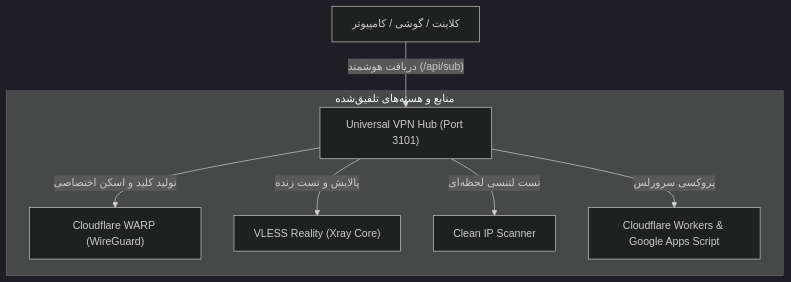
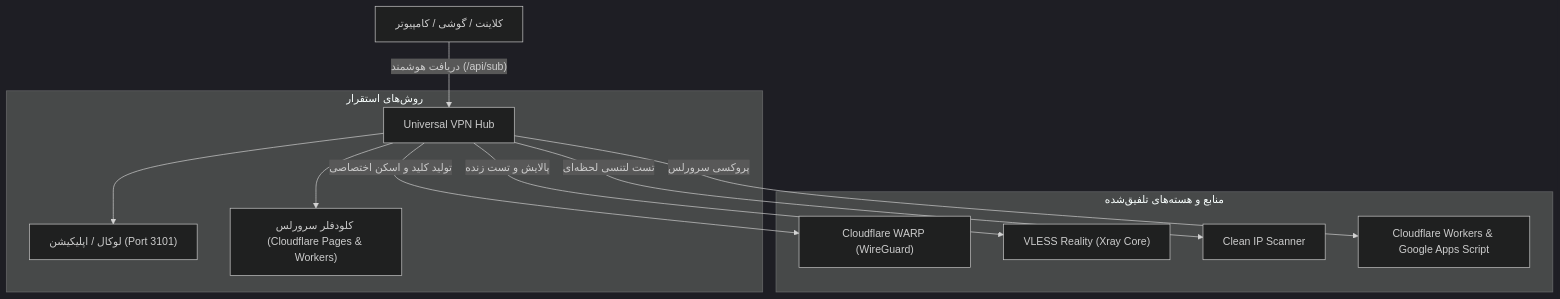
Before and after one commit to ark4ng3l/aether-vpn: the diagram in README.md, drawn with Mermaid (dark theme). The commit also changed other lines of this file, not shown here.

Commit message:
docs: add BPB-Worker-Panel reference and acknowledge serverless Cloudflare Pages/KV architecture

````diff
--- a/README.md
+++ b/README.md
@@ -12,11 +12,16 @@
 ```mermaid
 flowchart TD
-    User["کلاینت / گوشی / کامپیوتر"] -->|"دریافت هوشمند (/api/sub)"| Hub["Universal VPN Hub (Port 3101)"]
+    User["کلاینت / گوشی / کامپیوتر"] -->|"دریافت هوشمند (/api/sub)"| Hub["Universal VPN Hub"]
     
+    subgraph DeployOptions["روش‌های استقرار"]
+        Hub --> Local["لوکال / اپلیکیشن (Port 3101)"]
+        Hub --> CF["کلودفلر سرورلس (Cloudflare Pages & Workers)"]
+    end
+
     subgraph FreeResources["منابع و هسته‌های تلفیق‌شده"]
         Hub -->|"تولید کلید و اسکن اختصاصی"| W["Cloudflare WARP (WireGuard)"]
         Hub -->|"پالایش و تست زنده"| R["VLESS Reality (Xray Core)"]
         Hub -->|"تست لتنسی لحظه‌ای"| CIP["Clean IP Scanner"]
         Hub -->|"پروکسی سرورلس"| WRK["Cloudflare Workers & Google Apps Script"]
     end
 ```
````
